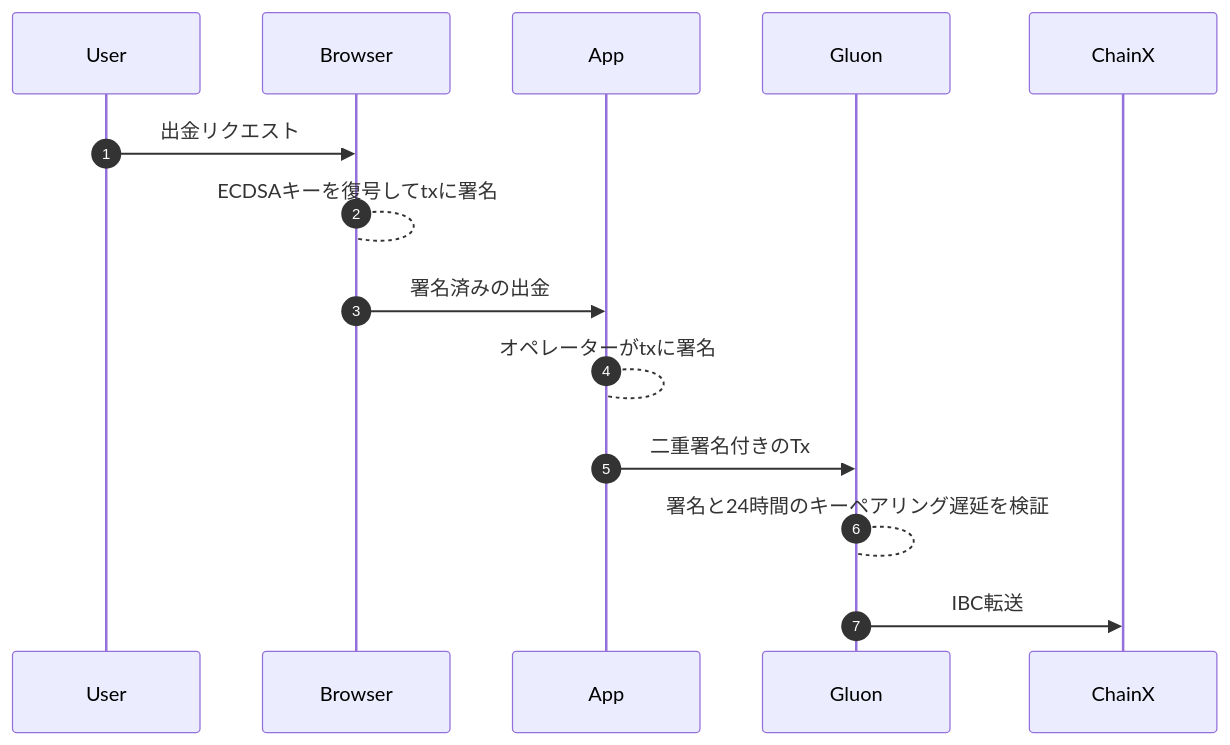
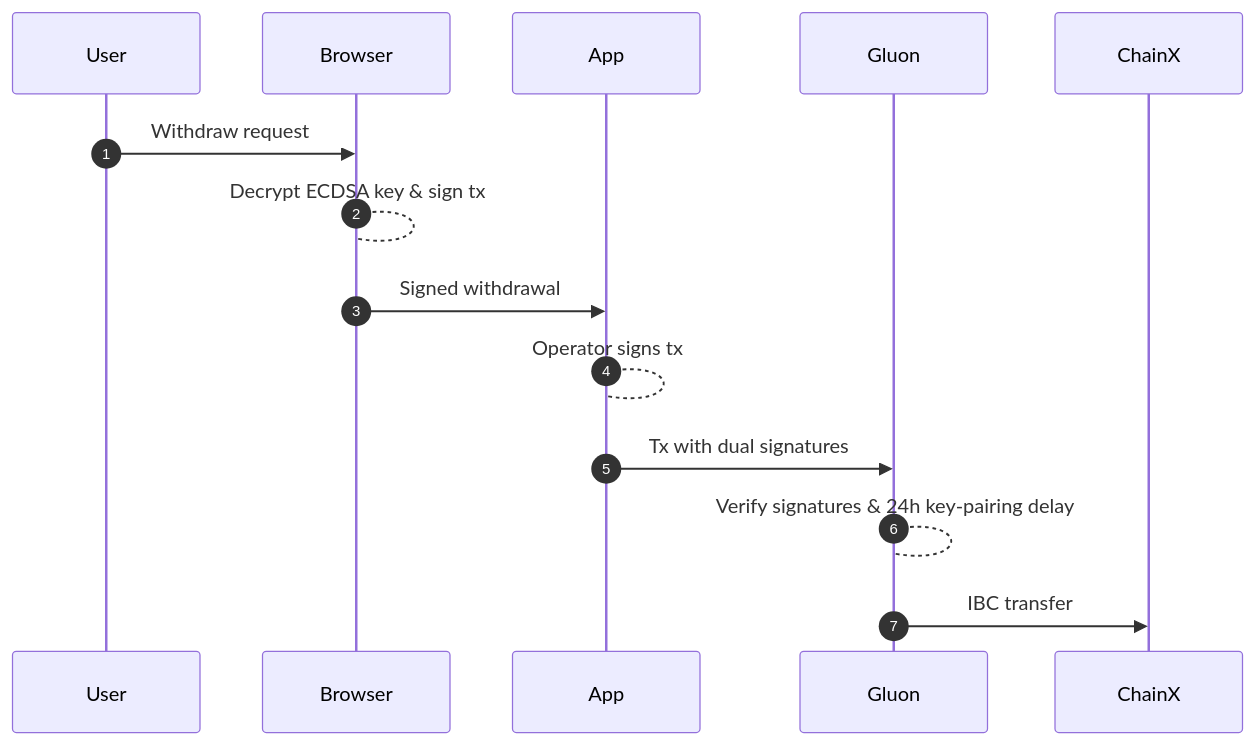
One commit to sunriselayer/gitbook changed the fifth of 8 diagrams in ja/learn/gluon.md. Above: the diagram before and after it, drawn with Mermaid. The commit also changed other lines of this file and 19 other files, not shown here.

````diff
--- a/ja/learn/gluon.md
+++ b/ja/learn/gluon.md
@@ -119,11 +119,11 @@
 ```mermaid
 sequenceDiagram
     autonumber
-    User     ->> Browser : 出金リクエスト
-    Browser  --> Browser : ECDSAキーを復号してtxに署名
-    Browser  ->> App     : 署名済みの出金
-    App      --> App     : オペレーターがtxに署名
-    App      ->> Gluon   : 二重署名付きのTx
-    Gluon    --> Gluon   : 署名と24時間のキーペアリング遅延を検証
-    Gluon    ->> ChainX  : IBC転送
+    User     ->> Browser : Withdraw request
+    Browser  --> Browser : Decrypt ECDSA key & sign tx
+    Browser  ->> App     : Signed withdrawal
+    App      --> App     : Operator signs tx
+    App      ->> Gluon   : Tx with dual signatures
+    Gluon    --> Gluon   : Verify signatures & 24h key-pairing delay
+    Gluon    ->> ChainX  : IBC transfer
 ```
````
